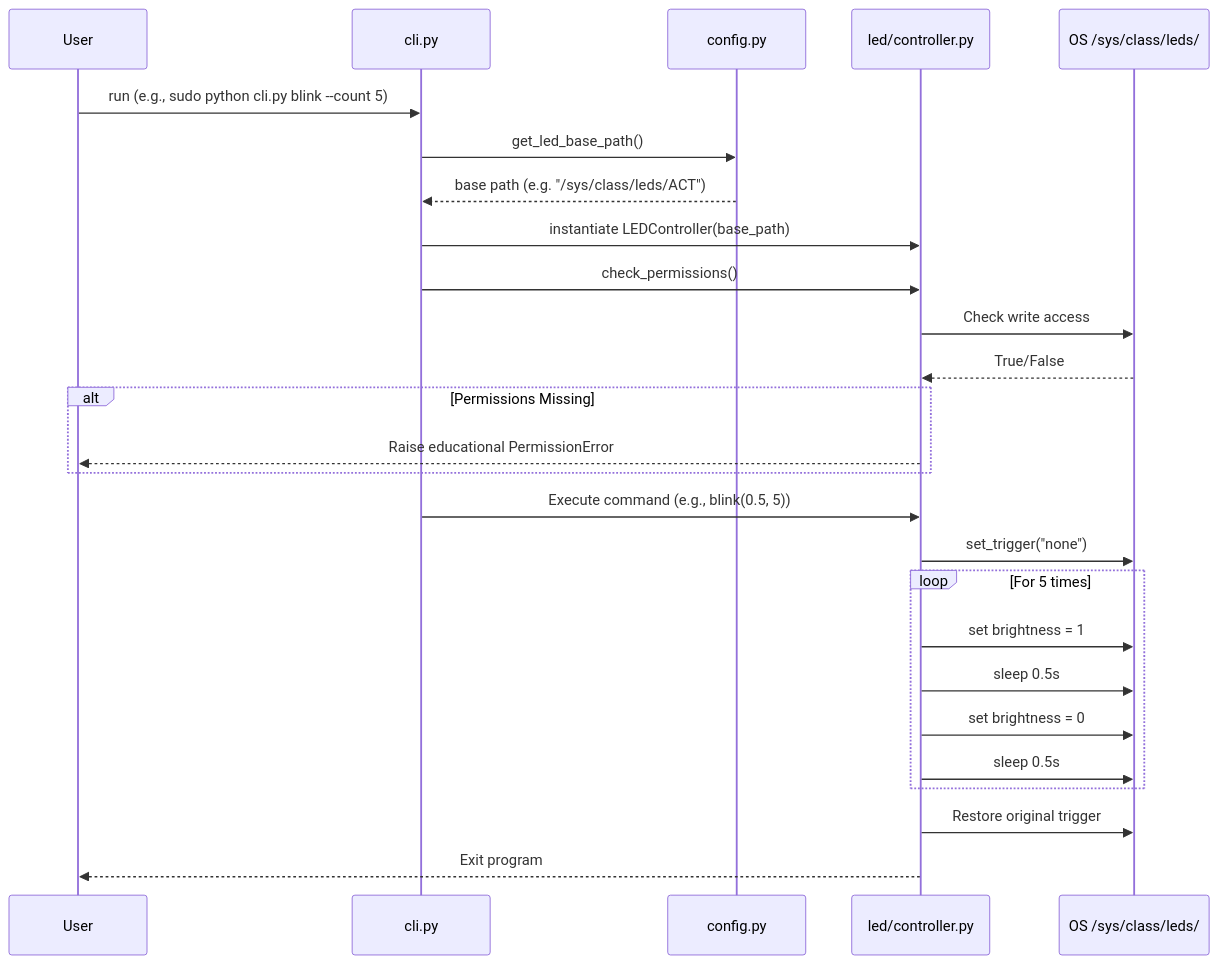
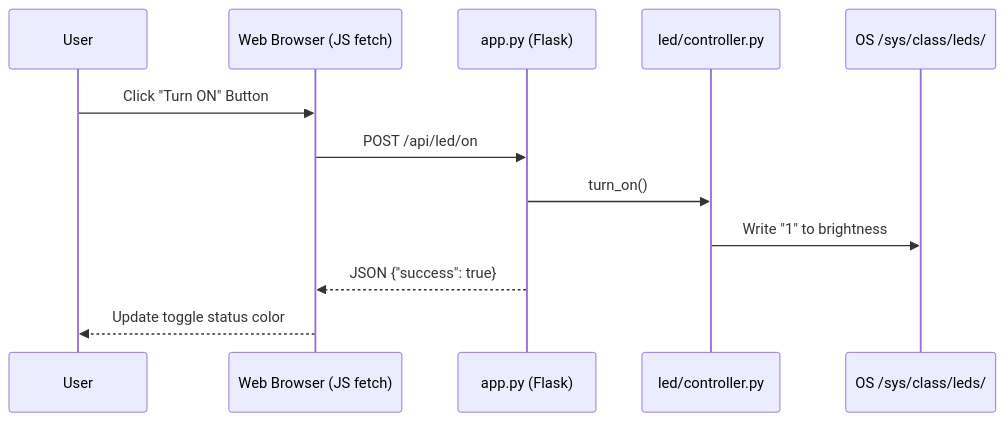
The diagram in plan.md (Drodieca19/led-control-raspi2w), drawn with Mermaid before and after one commit. The commit also changed other lines of this file and 10 other files, not shown here.

````diff
--- a/plan.md
+++ b/plan.md
@@ -92,29 +107,15 @@
 ```mermaid
 sequenceDiagram
     participant User
-    participant CLI as cli.py
-    participant Config as config.py
+    participant Browser as Web Browser (JS fetch)
+    participant App as app.py (Flask)
     participant Controller as led/controller.py
     participant Sysfs as OS /sys/class/leds/
 
-    User->>CLI: run (e.g., sudo python cli.py blink --count 5)
-    CLI->>Config: get_led_base_path()
-    Config-->>CLI: base path (e.g. "/sys/class/leds/ACT")
-    CLI->>Controller: instantiate LEDController(base_path)
-    CLI->>Controller: check_permissions()
-    Controller->>Sysfs: Check write access
-    Sysfs-->>Controller: True/False
-    alt Permissions Missing
-        Controller-->>User: Raise educational PermissionError
-    end
-    CLI->>Controller: Execute command (e.g., blink(0.5, 5))
-    Controller->>Sysfs: set_trigger("none")
-    loop For 5 times
-        Controller->>Sysfs: set brightness = 1
-        Controller->>Sysfs: sleep 0.5s
-        Controller->>Sysfs: set brightness = 0
-        Controller->>Sysfs: sleep 0.5s
-    end
-    Controller->>Sysfs: Restore original trigger
-    Controller-->>User: Exit program
+    User->>Browser: Click "Turn ON" Button
+    Browser->>App: POST /api/led/on
+    App->>Controller: turn_on()
+    Controller->>Sysfs: Write "1" to brightness
+    App-->>Browser: JSON {"success": true}
+    Browser-->>User: Update toggle status color
 ```
````
